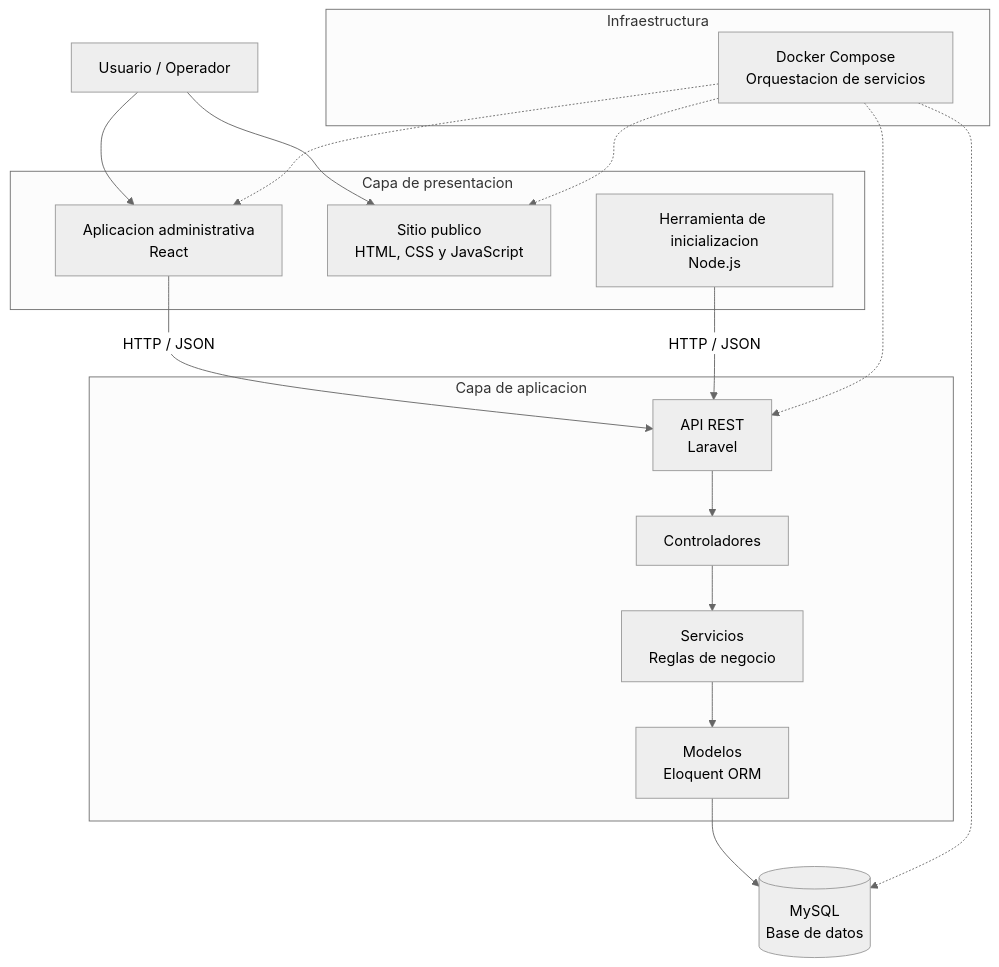
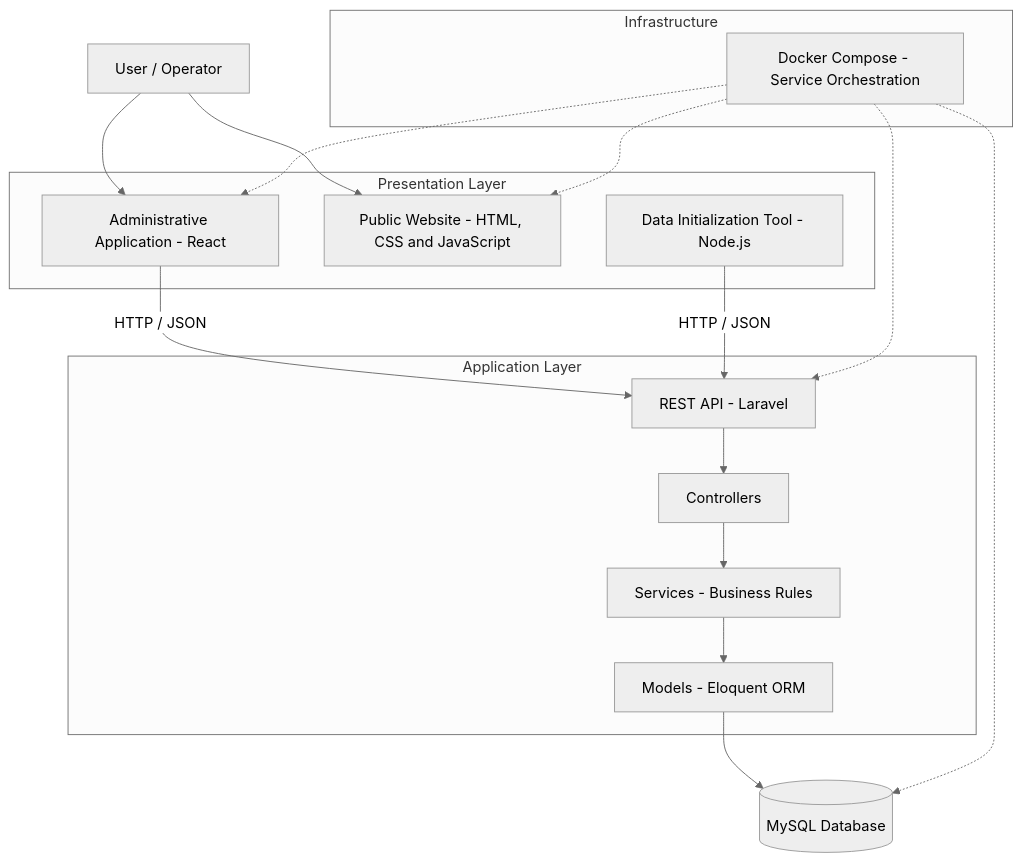
Before and after one commit to ivanandrescortesolaya-spec/ADSO-3239137: the diagram in 03-execute/NN-week/plan-mejoramiento/docs/architecture.md, drawn with Mermaid (neutral theme). The commit also changed other lines of this file and 2 other files, not shown here.

Commit message:
Translate architecture data model and API documentation to English

````diff
--- a/03-execute/NN-week/plan-mejoramiento/docs/architecture.md
+++ b/03-execute/NN-week/plan-mejoramiento/docs/architecture.md
@@ -207,37 +207,37 @@
 ```mermaid
 flowchart TB
-    U["Usuario / Operador"]
+    U["User / Operator"]
 
-    subgraph CLIENTES["Capa de presentacion"]
-        APP["Aplicacion administrativa<br/>React"]
-        PAGE["Sitio publico<br/>HTML, CSS y JavaScript"]
-        SEED["Herramienta de inicializacion<br/>Node.js"]
+    subgraph CLIENTES["Presentation Layer"]
+        APP["Administrative Application - React"]
+        PAGE["Public Website - HTML, CSS and JavaScript"]
+        SEED["Data Initialization Tool - Node.js"]
     end
 
-    subgraph BACKEND["Capa de aplicacion"]
-        API["API REST<br/>Laravel"]
-        CTRL["Controladores"]
-        SERVICE["Servicios<br/>Reglas de negocio"]
-        MODEL["Modelos<br/>Eloquent ORM"]
+    subgraph BACKEND["Application Layer"]
+        API["REST API - Laravel"]
+        CTRL["Controllers"]
+        SERVICE["Services - Business Rules"]
+        MODEL["Models - Eloquent ORM"]
     end
 
-    DB[("MySQL<br/>Base de datos")]
+    DB[("MySQL Database")]
 
-    subgraph INFRA["Infraestructura"]
-        DOCKER["Docker Compose<br/>Orquestacion de servicios"]
+    subgraph INFRA["Infrastructure"]
+        DOCKER["Docker Compose - Service Orchestration"]
     end
 
     U --> APP
     U --> PAGE
     APP -->|"HTTP / JSON"| API
     SEED -->|"HTTP / JSON"| API
     API --> CTRL
     CTRL --> SERVICE
     SERVICE --> MODEL
     MODEL --> DB
 
     DOCKER -.-> APP
     DOCKER -.-> API
     DOCKER -.-> DB
     DOCKER -.-> PAGE
 ```
````
